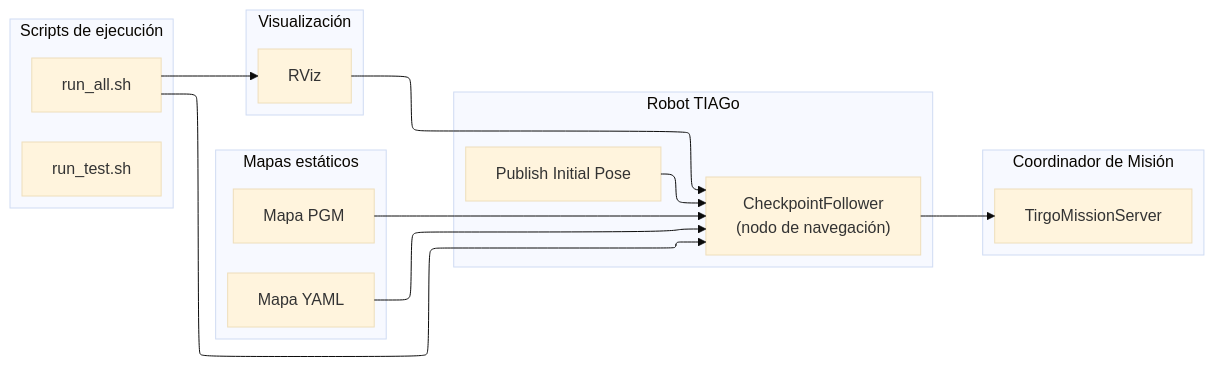
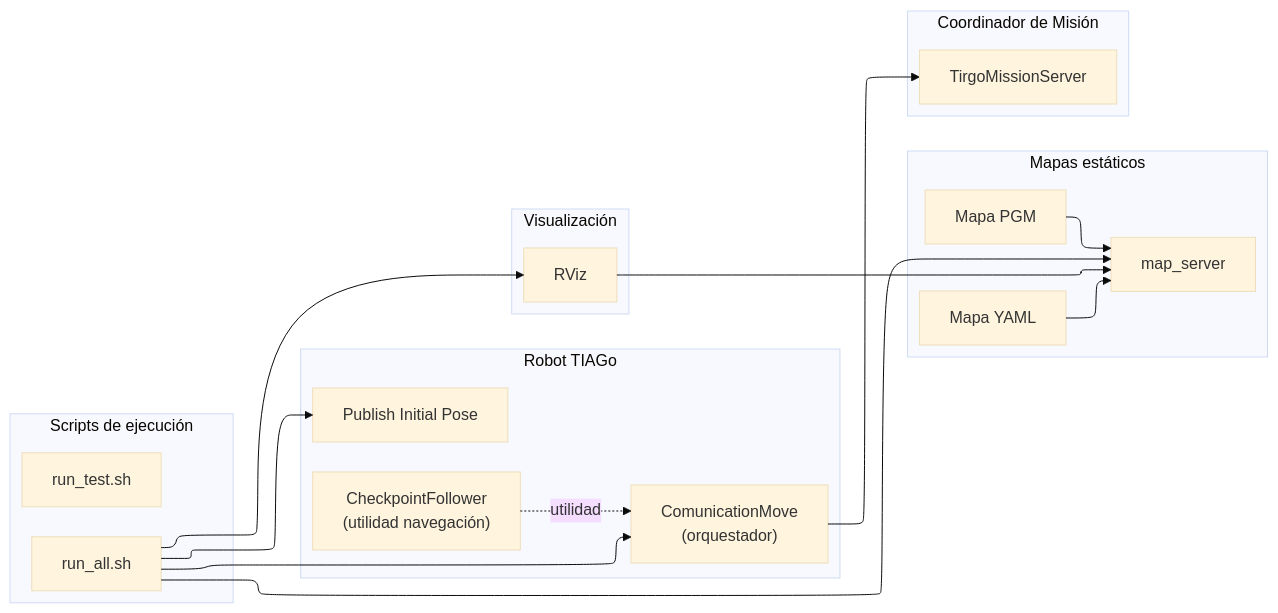
One commit to lucascampillode/TirGo changed the diagram in carpeta_compartida/ros_ws/src/move/README.md. Above: the diagram before and after it, drawn with Mermaid (base theme). The commit also changed other lines of this file, not shown here.

````diff
--- a/carpeta_compartida/ros_ws/src/move/README.md
+++ b/carpeta_compartida/ros_ws/src/move/README.md
@@ -167,37 +183,44 @@
 ```mermaid
 ---
 config:
   layout: elk
 ---
 flowchart LR
     subgraph TIAGO["Robot TIAGo"]
-        CF["CheckpointFollower\n(nodo de navegación)"]
+        CM["ComunicationMove\n(orquestador)"]
+        CF["CheckpointFollower\n(utilidad navegación)"]
         PIP["Publish Initial Pose"]
     end
 
     subgraph MAPS["Mapas estáticos"]
+        MAP_SERVER["map_server"]
         MAP_YAML["Mapa YAML"]
         MAP_PGM["Mapa PGM"]
     end
 
     subgraph RVIZ["Visualización"]
         RVIZ_GUI["RViz"]
     end
 
     subgraph SCRIPTS["Scripts de ejecución"]
         RUN_ALL["run_all.sh"]
         RUN_TEST["run_test.sh"]
     end
 
     subgraph MISSION["Coordinador de Misión"]
         SERVER["TirgoMissionServer"]
     end
 
-    MAP_YAML --> CF
-    MAP_PGM --> CF
-    PIP --> CF
-    CF --> SERVER
-    RUN_ALL --> CF
+    MAP_YAML --> MAP_SERVER
+    MAP_PGM --> MAP_SERVER
+
     RUN_ALL --> RVIZ_GUI
-    RVIZ_GUI --> CF
+    RUN_ALL --> MAP_SERVER
+    RUN_ALL --> PIP
+    RUN_ALL --> CM
+
+    CM --> SERVER
+    CF -. utilidad .-> CM
+
+    RVIZ_GUI --> MAP_SERVER
 ```
````
